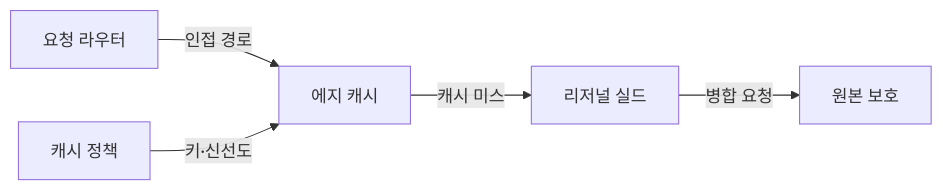
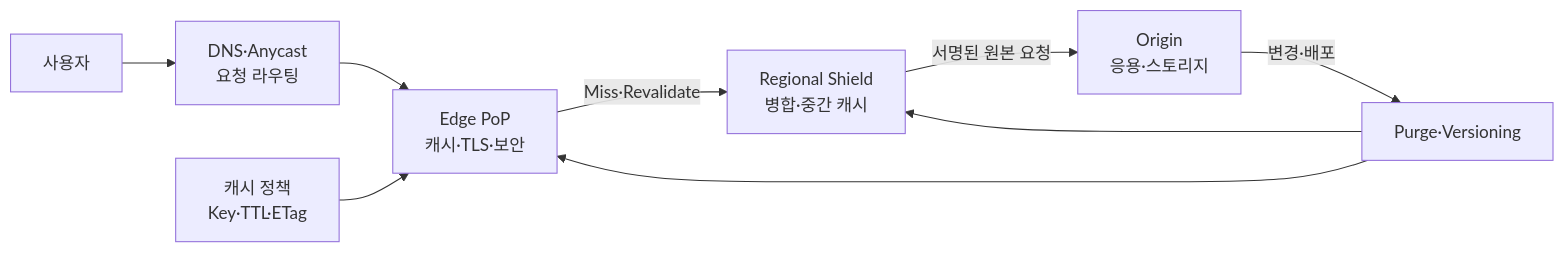
Before and after one commit to agnusdei1207/knowledge-base: the first of 2 diagrams in src/content/docs/notes/03-software/181_cdn.md, drawn with Mermaid. The commit also changed other lines of this file and 12 other files, not shown here.

````diff
--- a/src/content/docs/notes/03-software/181_cdn.md
+++ b/src/content/docs/notes/03-software/181_cdn.md
@@ -56,7 +60,11 @@
 ```mermaid
 flowchart LR
-    R["요청 라우터"] -->|인접 경로| E["에지 캐시"]
-    P["캐시 정책"] -->|키·신선도| E
-    E -->|캐시 미스| S["리저널 실드"]
-    S -->|병합 요청| O["원본 보호"]
+    U["사용자"] --> R["DNS·Anycast<br/>요청 라우팅"]
+    R --> E["Edge PoP<br/>캐시·TLS·보안"]
+    P["캐시 정책<br/>Key·TTL·ETag"] --> E
+    E -->|"Miss·Revalidate"| S["Regional Shield<br/>병합·중간 캐시"]
+    S -->|"서명된 원본 요청"| O["Origin<br/>응용·스토리지"]
+    O -->|"변경·배포"| I["Purge·Versioning"]
+    I --> E
+    I --> S
 ```
````
